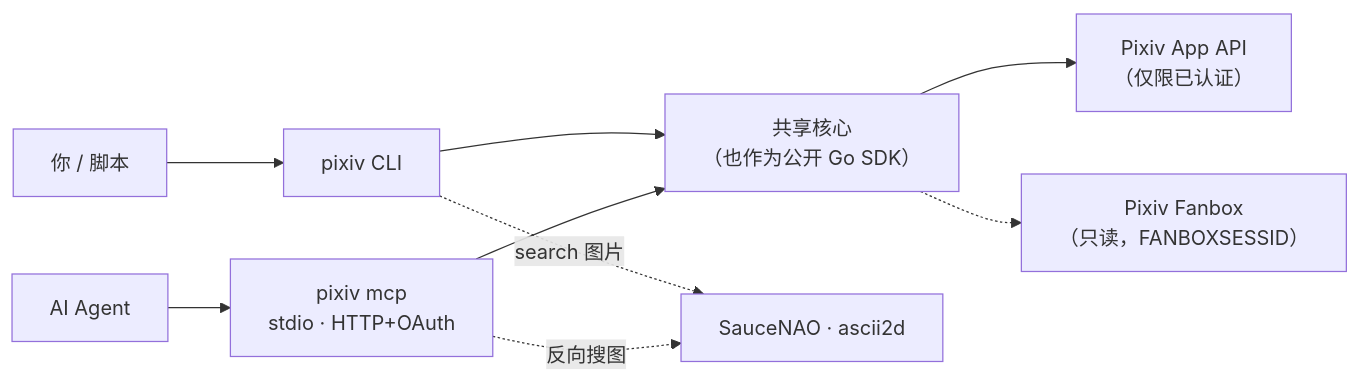
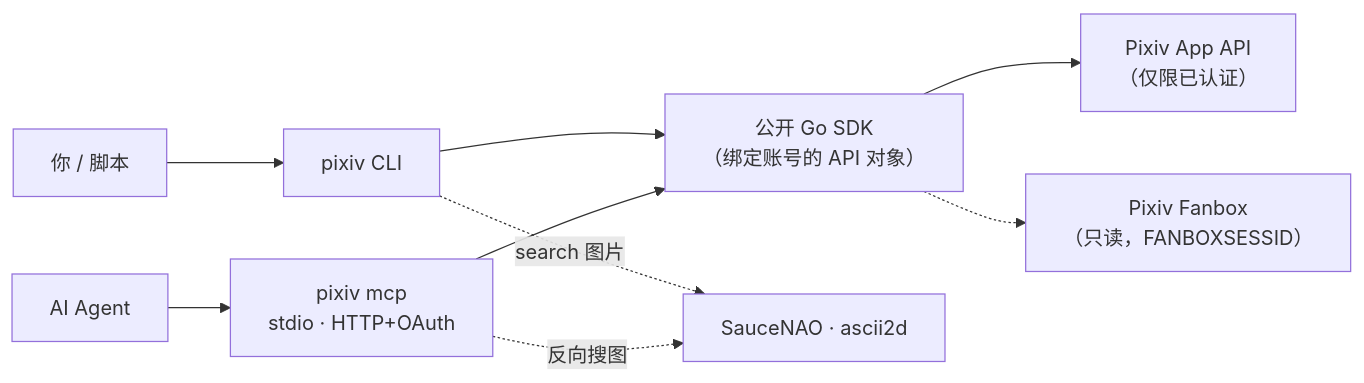
One commit to FlanChanXwO/pixiv-cli changed the first of 3 diagrams in README.zh-CN.md. Above: the diagram before and after it, drawn with Mermaid. The commit also changed other lines of this file and 254 other files, not shown here.

````diff
--- a/README.zh-CN.md
+++ b/README.zh-CN.md
@@ -19,11 +19,11 @@
 ```mermaid
 flowchart LR
     U["你 / 脚本"] --> CLI["pixiv CLI"]
     A["AI Agent"] --> MCP["pixiv mcp<br/>stdio · HTTP+OAuth"]
-    CLI --> SDK["共享核心<br/>（也作为公开 Go SDK）"]
+    CLI --> SDK["公开 Go SDK<br/>（绑定账号的 API 对象）"]
     MCP --> SDK
     SDK --> PX["Pixiv App API<br/>（仅限已认证）"]
     SDK -.-> FB["Pixiv Fanbox<br/>（只读，FANBOXSESSID）"]
     CLI -.->|"search 图片"| RS["SauceNAO · ascii2d"]
     MCP -.->|"反向搜图"| RS
 ```
````
